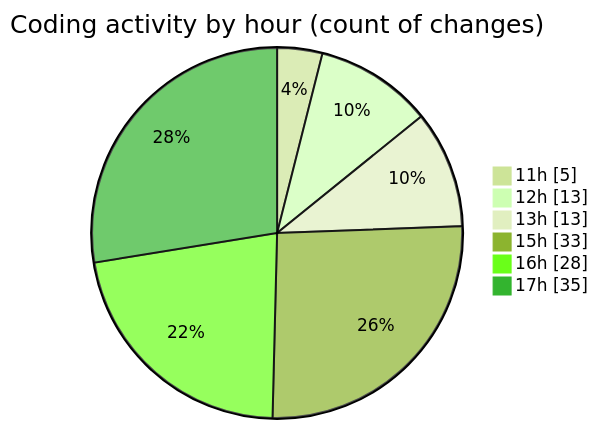
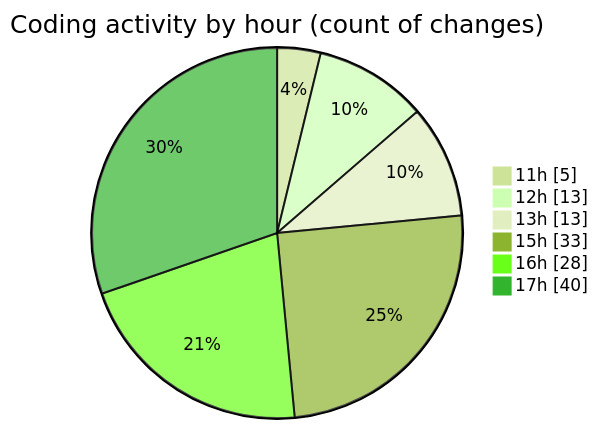
Before and after one commit to nxtqubesakshisongat/code-tracking: the second of 2 diagrams in 2025-08-06/nxtqube_webapp/README.md, drawn with Mermaid (forest theme). The commit also changed other lines of this file and 1 other file, not shown here.

````diff
--- a/2025-08-06/nxtqube_webapp/README.md
+++ b/2025-08-06/nxtqube_webapp/README.md
@@ -41,10 +41,10 @@
 ```mermaid
 pie showData
 title Coding activity by hour (count of changes)
 "11h" : 5
 "12h" : 13
 "13h" : 13
 "15h" : 33
 "16h" : 28
-"17h" : 35
+"17h" : 40
 ```
````
